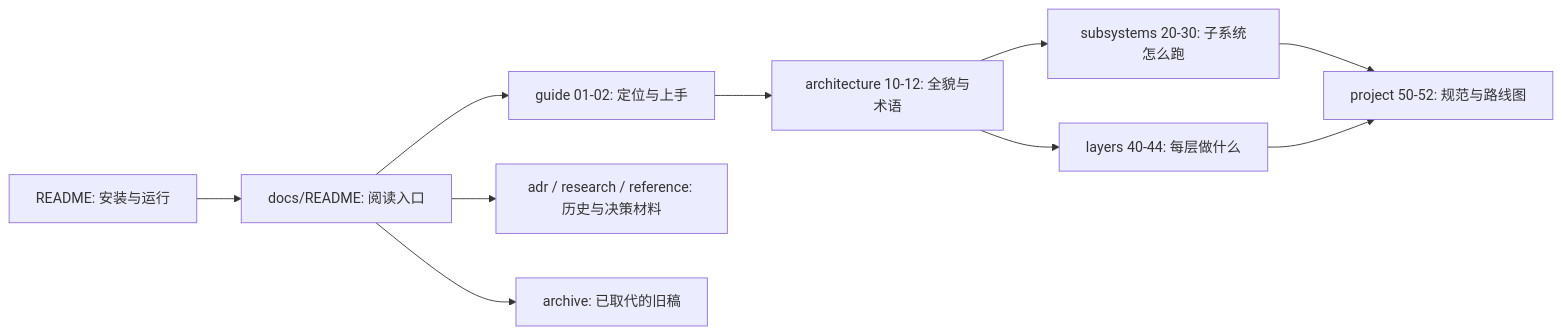
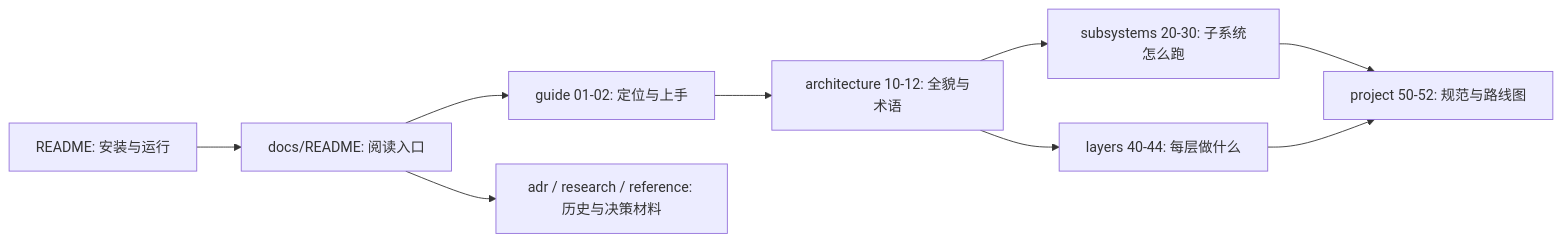
One commit to lumos-tiamo/Helve changed the diagram in docs/00-文档阅读指南与表达规范.md. Above: the diagram before and after it, drawn with Mermaid. The commit also changed other lines of this file and 22 other files, not shown here.

````diff
--- a/docs/00-文档阅读指南与表达规范.md
+++ b/docs/00-文档阅读指南与表达规范.md
@@ -15,12 +15,11 @@
 ```mermaid
 graph LR
     R["README: 安装与运行"] --> D["docs/README: 阅读入口"]
     D --> P["guide 01-02: 定位与上手"]
     P --> A["architecture 10-12: 全貌与术语"]
     A --> S["subsystems 20-30: 子系统怎么跑"]
     A --> I["layers 40-44: 每层做什么"]
     S --> W["project 50-52: 规范与路线图"]
     I --> W
     D --> H["adr / research / reference: 历史与决策材料"]
-    D --> Z["archive: 已取代的旧稿"]
 ```
````
